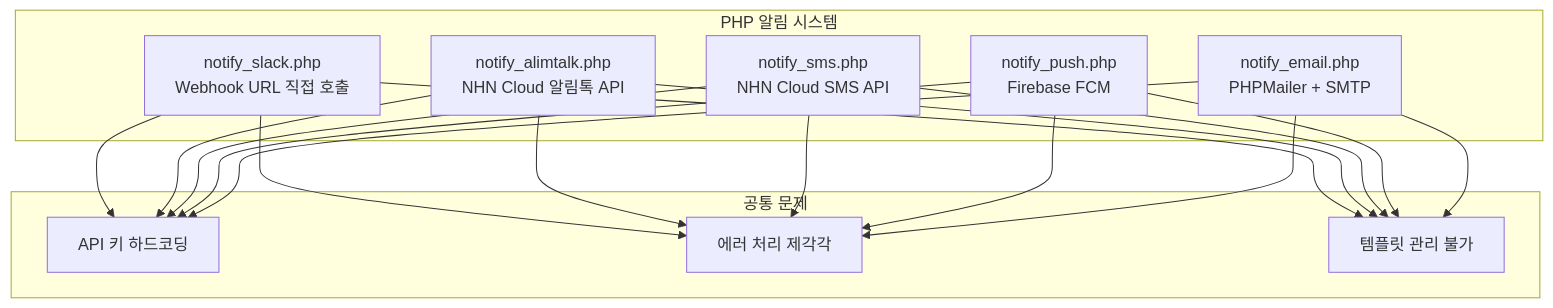
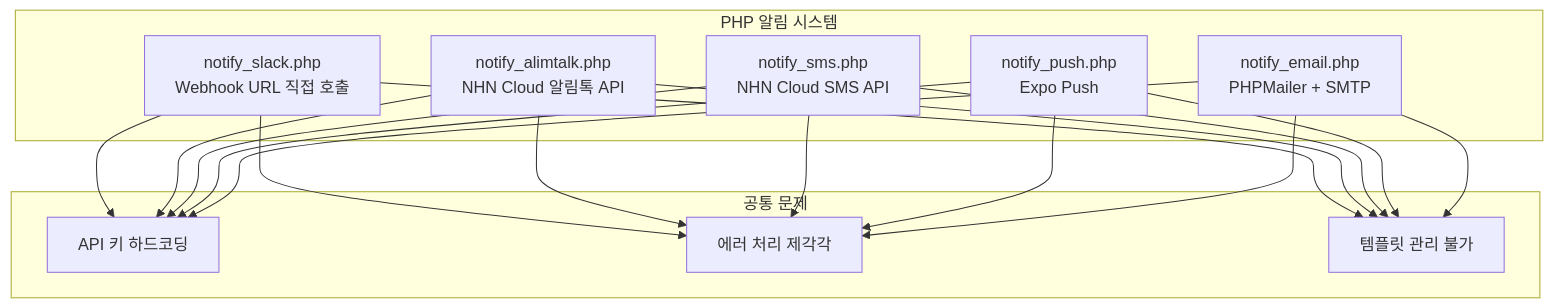
One commit to devy1540/devy1540.github.io changed the first of 5 diagrams in content/posts/multi-channel-notification-server.md. Above: the diagram before and after it, drawn with Mermaid. The commit also changed other lines of this file and 5 other files, not shown here.

````diff
--- a/content/posts/multi-channel-notification-server.md
+++ b/content/posts/multi-channel-notification-server.md
@@ -19,18 +26,18 @@
 ```mermaid
 flowchart TB
     subgraph php["PHP 알림 시스템"]
         A["notify_slack.php<br/>Webhook URL 직접 호출"]
         B["notify_alimtalk.php<br/>NHN Cloud 알림톡 API"]
         C["notify_sms.php<br/>NHN Cloud SMS API"]
-        D["notify_push.php<br/>Firebase FCM"]
+        D["notify_push.php<br/>Expo Push"]
         E["notify_email.php<br/>PHPMailer + SMTP"]
     end
 
     subgraph problems["공통 문제"]
         F["API 키 하드코딩"]
         G["에러 처리 제각각"]
         H["템플릿 관리 불가"]
     end
 
     A & B & C & D & E --> F & G & H
 ```
````
